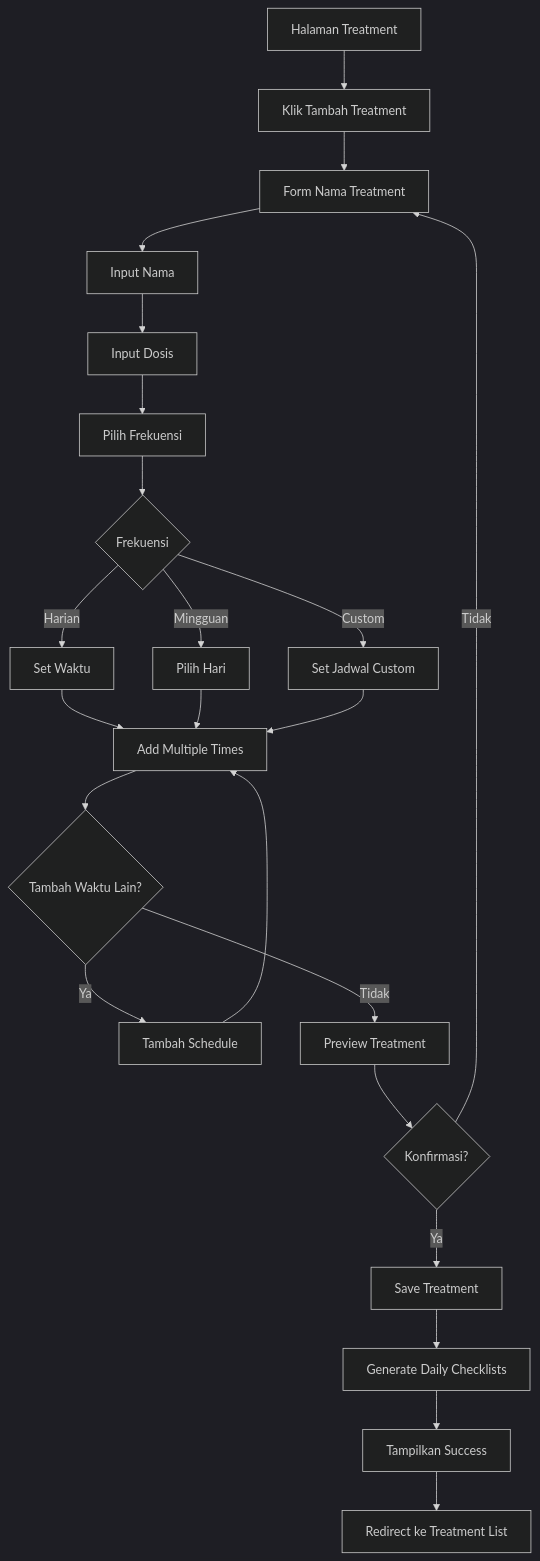
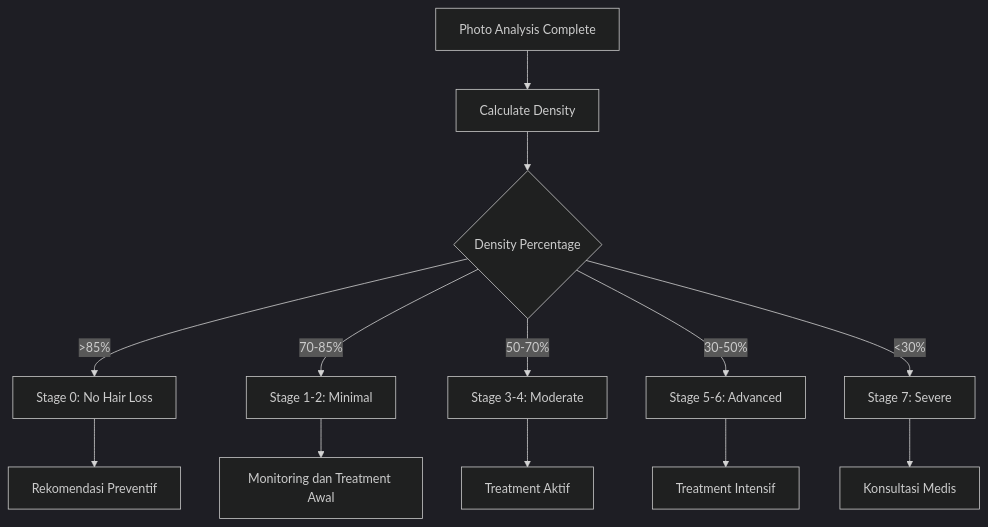
The fifth of 9 diagrams in Documentation/USER-FLOW.md (petrushandika/Scalp-Analytics), drawn with Mermaid (dark theme) before and after one commit. The commit also changed other lines of this file and 5 other files, not shown here.

````diff
--- a/Documentation/USER-FLOW.md
+++ b/Documentation/USER-FLOW.md
@@ -340,31 +451,17 @@
 ```mermaid
 flowchart TD
-    A[Halaman Treatment] --> B[Klik Tambah Treatment]
-    B --> C[Form Nama Treatment]
-
-    C --> D[Input Nama]
-    D --> E[Input Dosis]
-    E --> F[Pilih Frekuensi]
-
-    F --> G{Frekuensi}
-    G -->|Harian| H[Set Waktu]
-    G -->|Mingguan| I[Pilih Hari]
-    G -->|Custom| J[Set Jadwal Custom]
-
-    H --> K[Add Multiple Times]
-    I --> K
-    J --> K
-
-    K --> L{Tambah Waktu Lain?}
-    L -->|Ya| M[Tambah Schedule]
-    M --> K
-    L -->|Tidak| N[Preview Treatment]
-
-    N --> O{Konfirmasi?}
-    O -->|Tidak| C
-    O -->|Ya| P[Save Treatment]
-
-    P --> Q[Generate Daily Checklists]
-    Q --> R[Tampilkan Success]
-    R --> S[Redirect ke Treatment List]
+    A[Photo Analysis Complete] --> B[Calculate Density]
+    B --> C{Density Percentage}
+    
+    C -->|>85%| D[Stage 0: No Hair Loss]
+    C -->|70-85%| E[Stage 1-2: Minimal]
+    C -->|50-70%| F[Stage 3-4: Moderate]
+    C -->|30-50%| G[Stage 5-6: Advanced]
+    C -->|<30%| H[Stage 7: Severe]
+    
+    D --> I[Rekomendasi Preventif]
+    E --> J[Monitoring dan Treatment Awal]
+    F --> K[Treatment Aktif]
+    G --> L[Treatment Intensif]
+    H --> M[Konsultasi Medis]
 ```
````
